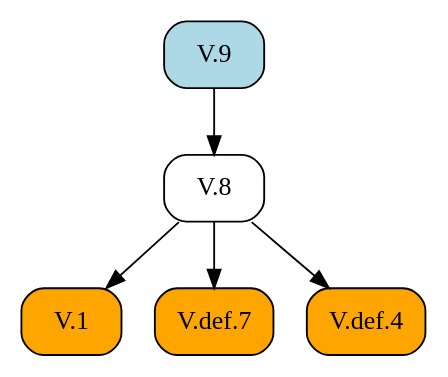
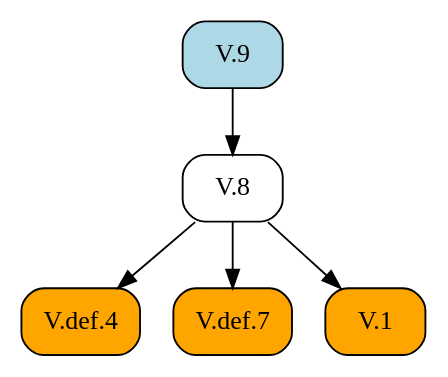
The diagram in docsrc/elements2/V/9/index.rst (geometor/elements), drawn with Graphviz before and after one commit. The commit also changed other lines of this file and 171 other files, not shown here.

```diff
--- a/docsrc/elements2/V/9/index.rst
+++ b/docsrc/elements2/V/9/index.rst
@@ -40,15 +40,15 @@
 .. graphviz::
 
    digraph {
      rankdir="TB";
      node [shape=box, style=rounded];
-     "V.1" [style="rounded,filled", fillcolor=orange, URL="/elements2/V/1/", target="_top"];
+     "V.8" [URL="/elements2/V/8/", target="_top"];
+     "V.def.4" [style="rounded,filled", fillcolor=orange, URL="/elements2/V/def.4/", target="_top"];
      "V.9" [style="rounded,filled", fillcolor=lightblue, URL="/elements2/V/9/", target="_top"];
      "V.def.7" [style="rounded,filled", fillcolor=orange, URL="/elements2/V/def.7/", target="_top"];
-     "V.def.4" [style="rounded,filled", fillcolor=orange, URL="/elements2/V/def.4/", target="_top"];
-     "V.8" [URL="/elements2/V/8/", target="_top"];
+     "V.1" [style="rounded,filled", fillcolor=orange, URL="/elements2/V/1/", target="_top"];
+     "V.9" -> "V.8";
+     "V.8" -> "V.def.4";
+     "V.8" -> "V.def.7";
      "V.8" -> "V.1";
-     "V.8" -> "V.def.7";
-     "V.8" -> "V.def.4";
-     "V.9" -> "V.8";
    }
```
